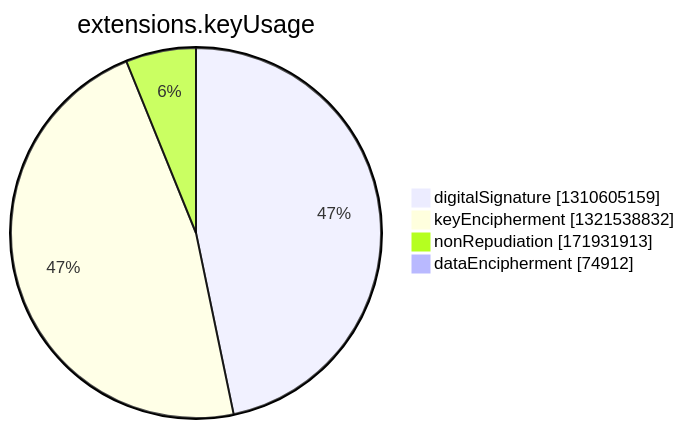
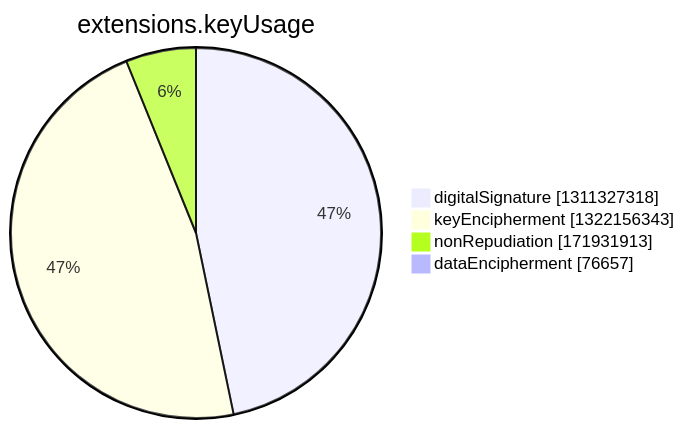
Before and after one commit to christiankrug/ctmonitor_visualization: the seventh of 15 diagrams in argon2022/README.md, drawn with Mermaid. The commit also changed other lines of this file, not shown here.

````diff
--- a/argon2022/README.md
+++ b/argon2022/README.md
@@ -2750,8 +2750,8 @@
 ```mermaid
 pie showData
 title extensions.keyUsage
-"digitalSignature" :1310605159
-"keyEncipherment" :1321538832
+"digitalSignature" :1311327318
+"keyEncipherment" :1322156343
 "nonRepudiation" :171931913
-"dataEncipherment" :74912
+"dataEncipherment" :76657
 ```
````
